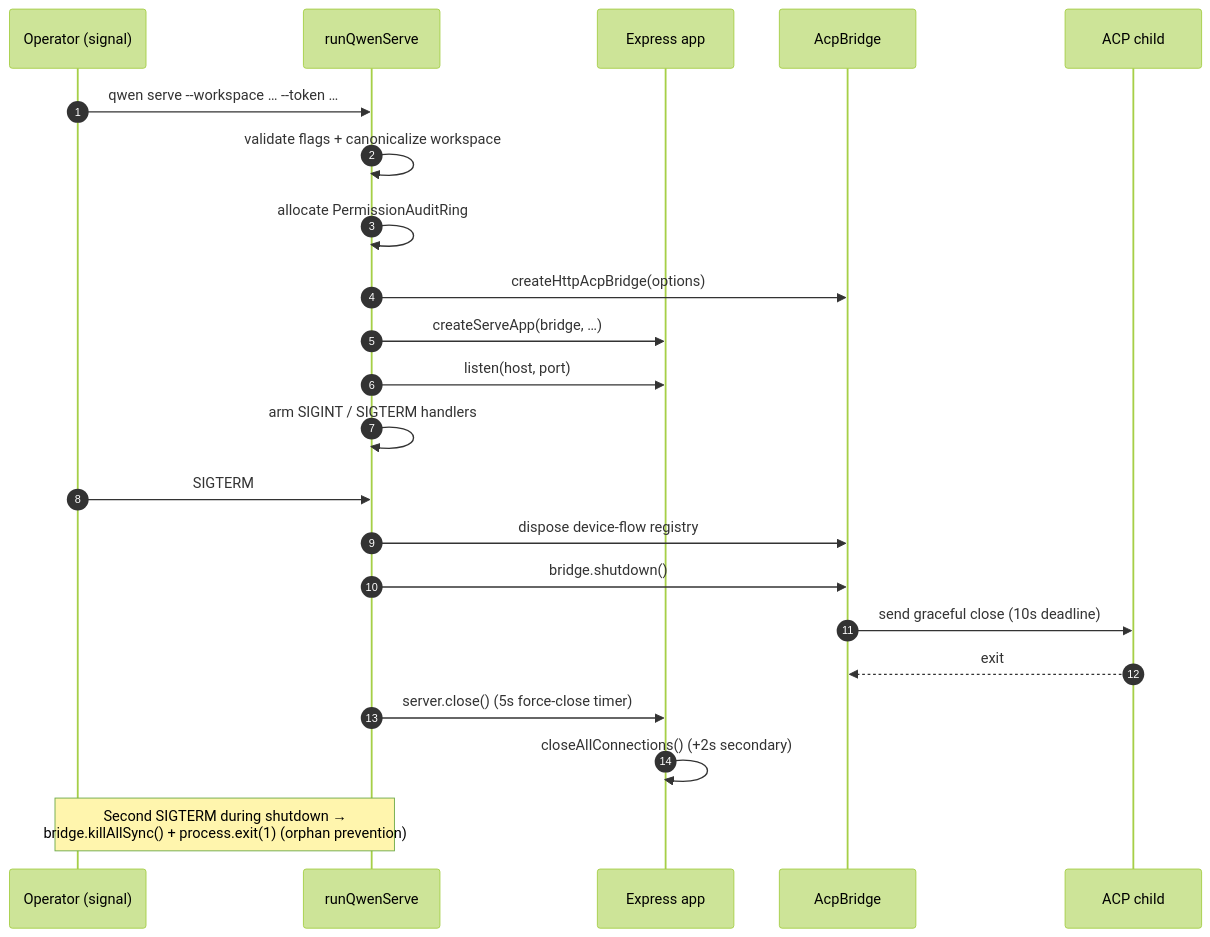
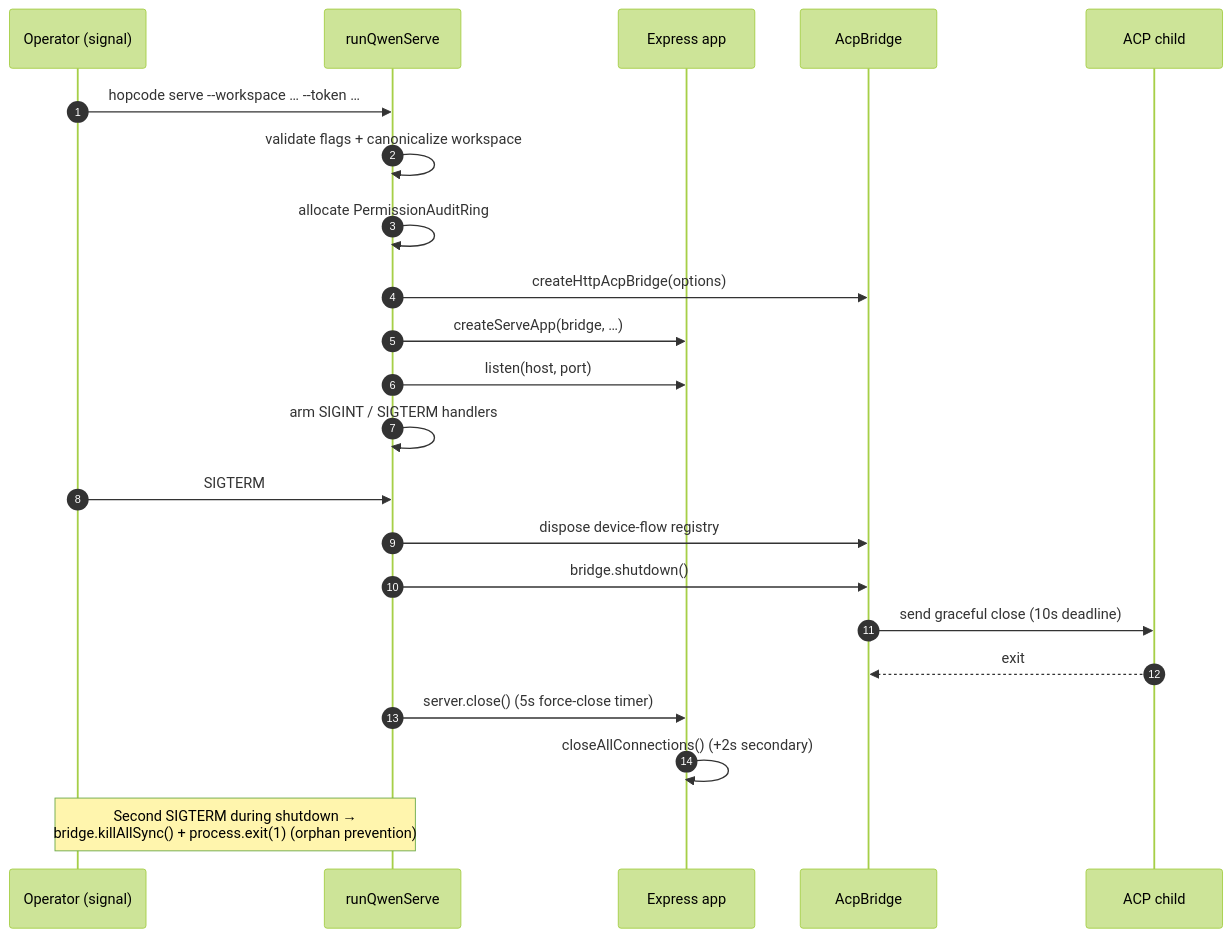
The seventh of 7 diagrams in docs/developers/daemon/01-architecture.md (TaimoorSiddiquiOfficial/HopCode), drawn with Mermaid (forest theme) before and after one commit. The commit also changed other lines of this file and 107 other files, not shown here.

````diff
--- a/docs/developers/daemon/01-architecture.md
+++ b/docs/developers/daemon/01-architecture.md
@@ -297,26 +297,26 @@
 ```mermaid
 sequenceDiagram
     autonumber
     participant Op as Operator (signal)
     participant RQS as runQwenServe
     participant APP as Express app
     participant BR as AcpBridge
     participant CH as ACP child
 
-    Op->>RQS: qwen serve --workspace … --token …
+    Op->>RQS: hopcode serve --workspace … --token …
     RQS->>RQS: validate flags + canonicalize workspace
     RQS->>RQS: allocate PermissionAuditRing
     RQS->>BR: createHttpAcpBridge(options)
     RQS->>APP: createServeApp(bridge, …)
     RQS->>APP: listen(host, port)
     RQS->>RQS: arm SIGINT / SIGTERM handlers
 
     Op->>RQS: SIGTERM
     RQS->>BR: dispose device-flow registry
     RQS->>BR: bridge.shutdown()
     BR->>CH: send graceful close (10s deadline)
     CH-->>BR: exit
     RQS->>APP: server.close() (5s force-close timer)
     APP->>APP: closeAllConnections() (+2s secondary)
     Note over Op,RQS: Second SIGTERM during shutdown →<br/>bridge.killAllSync() + process.exit(1) (orphan prevention)
 ```
````
